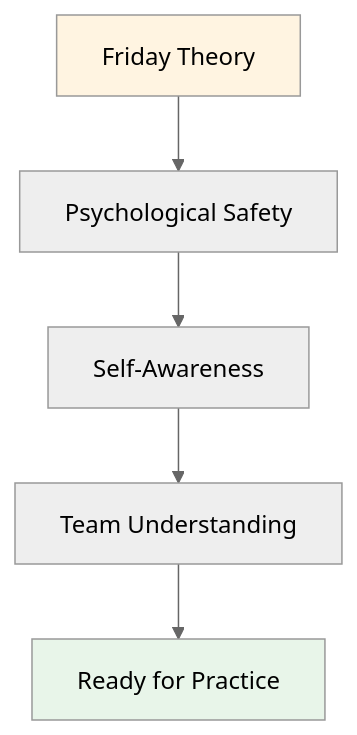
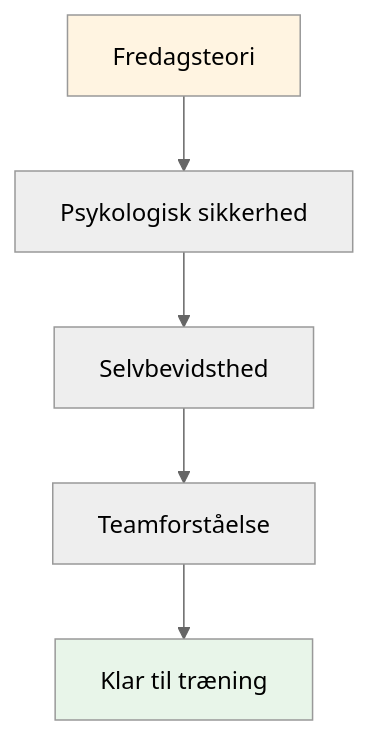
Before and after one commit to patwii/petanque-academy: the second of 2 diagrams in docs/da/guides/training-camp/index.md, drawn with Mermaid (neutral theme). The commit also changed other lines of this file and 550 other files, not shown here.

````diff
--- a/docs/da/guides/training-camp/index.md
+++ b/docs/da/guides/training-camp/index.md
@@ -297,10 +297,10 @@
 ```mermaid
 graph TD
-    A[Friday Theory] --> B[Psychological Safety]
-    B --> C[Self-Awareness]
-    C --> D[Team Understanding]
-    D --> E[Ready for Practice]
+    A[Fredagsteori] --> B[Psykologisk sikkerhed]
+    B --> C[Selvbevidsthed]
+    C --> D[Teamforståelse]
+    D --> E[Klar til træning]
 
     style A fill:#fff4e1
     style E fill:#e8f5e9
 ```
````
